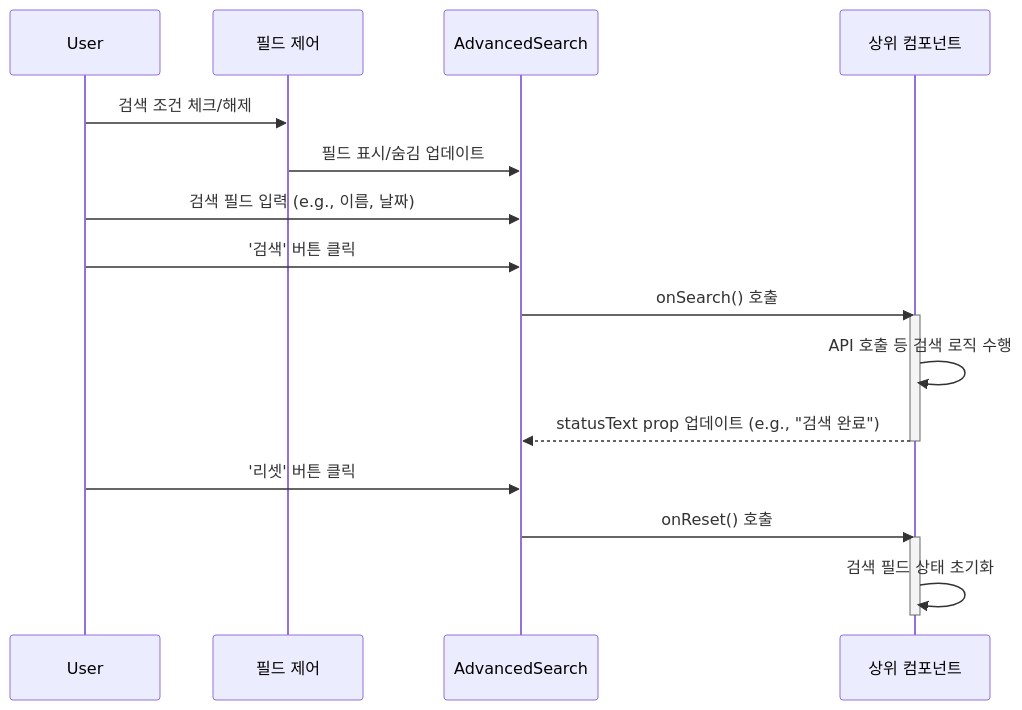
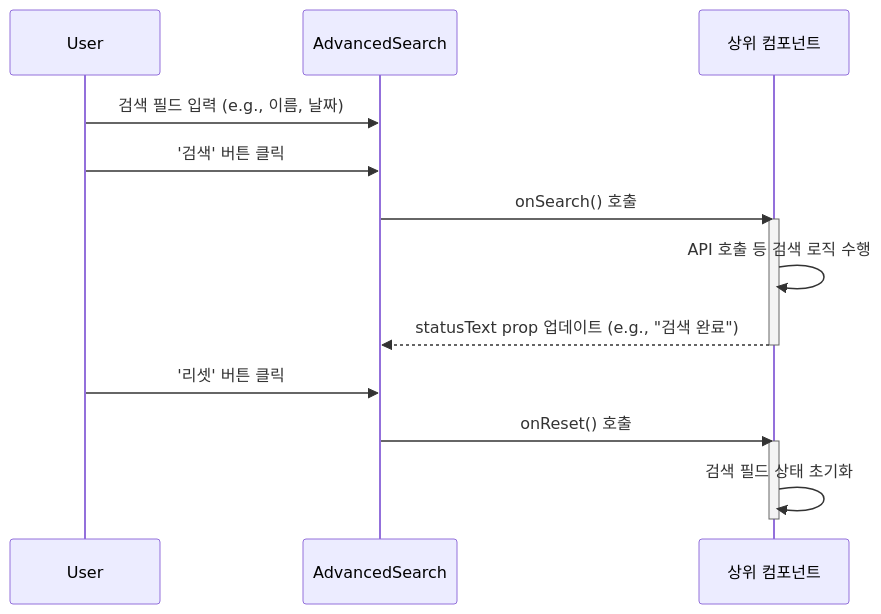
The third of 4 diagrams in src/components/ui/ui-input/advanced-search/advanced-search.md (webcodur/next-temp), drawn with Mermaid before and after one commit. The commit also changed other lines of this file and 89 other files, not shown here.

````diff
--- a/src/components/ui/ui-input/advanced-search/advanced-search.md
+++ b/src/components/ui/ui-input/advanced-search/advanced-search.md
@@ -83,24 +42,20 @@
 ```mermaid
 sequenceDiagram
     participant User
-    participant FieldControls as 필드 제어
     participant AdvSearch as AdvancedSearch
     participant Parent as 상위 컴포넌트
 
-    User->>FieldControls: 검색 조건 체크/해제
-    FieldControls->>AdvSearch: 필드 표시/숨김 업데이트
-    
     User->>AdvSearch: 검색 필드 입력 (e.g., 이름, 날짜)
     User->>AdvSearch: '검색' 버튼 클릭
     AdvSearch->>Parent: onSearch() 호출
     activate Parent
     Parent->>Parent: API 호출 등 검색 로직 수행
     Parent-->>AdvSearch: statusText prop 업데이트 (e.g., "검색 완료")
     deactivate Parent
 
     User->>AdvSearch: '리셋' 버튼 클릭
     AdvSearch->>Parent: onReset() 호출
     activate Parent
     Parent->>Parent: 검색 필드 상태 초기화
     deactivate Parent
 ```
````
